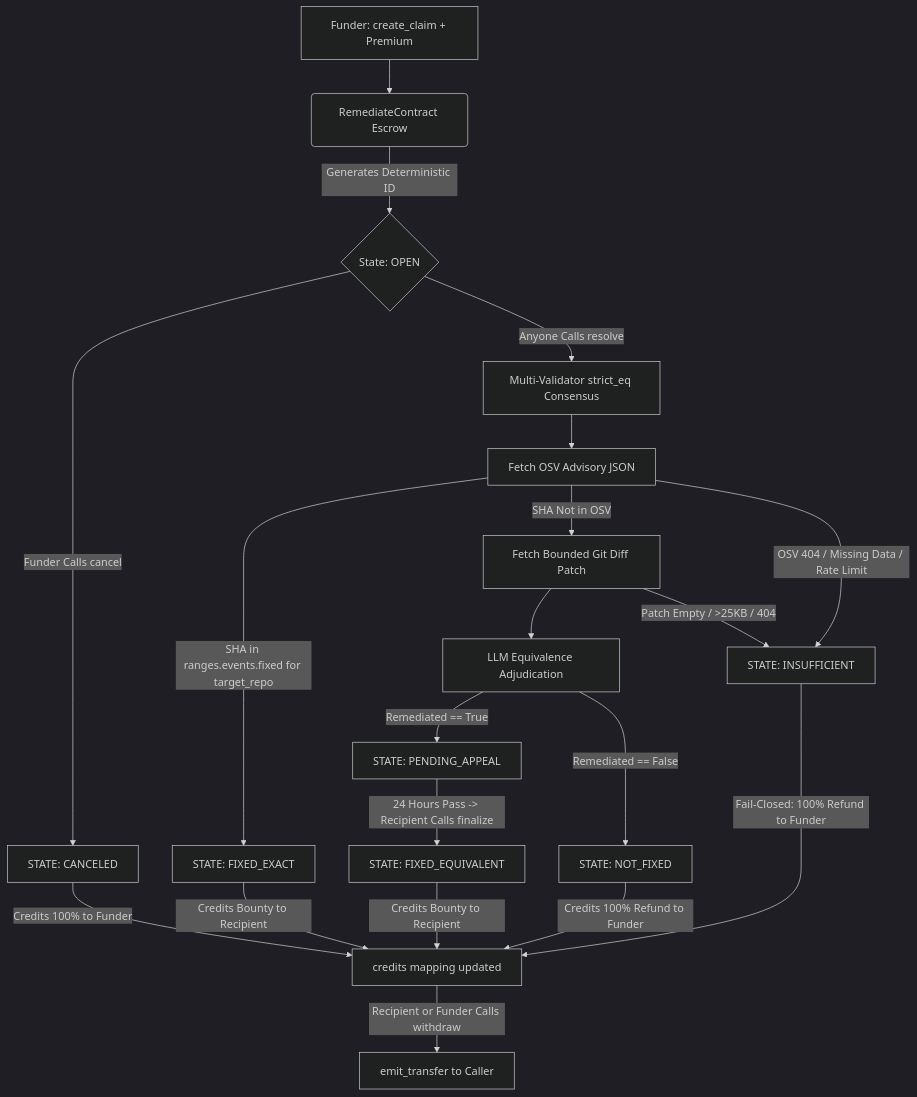
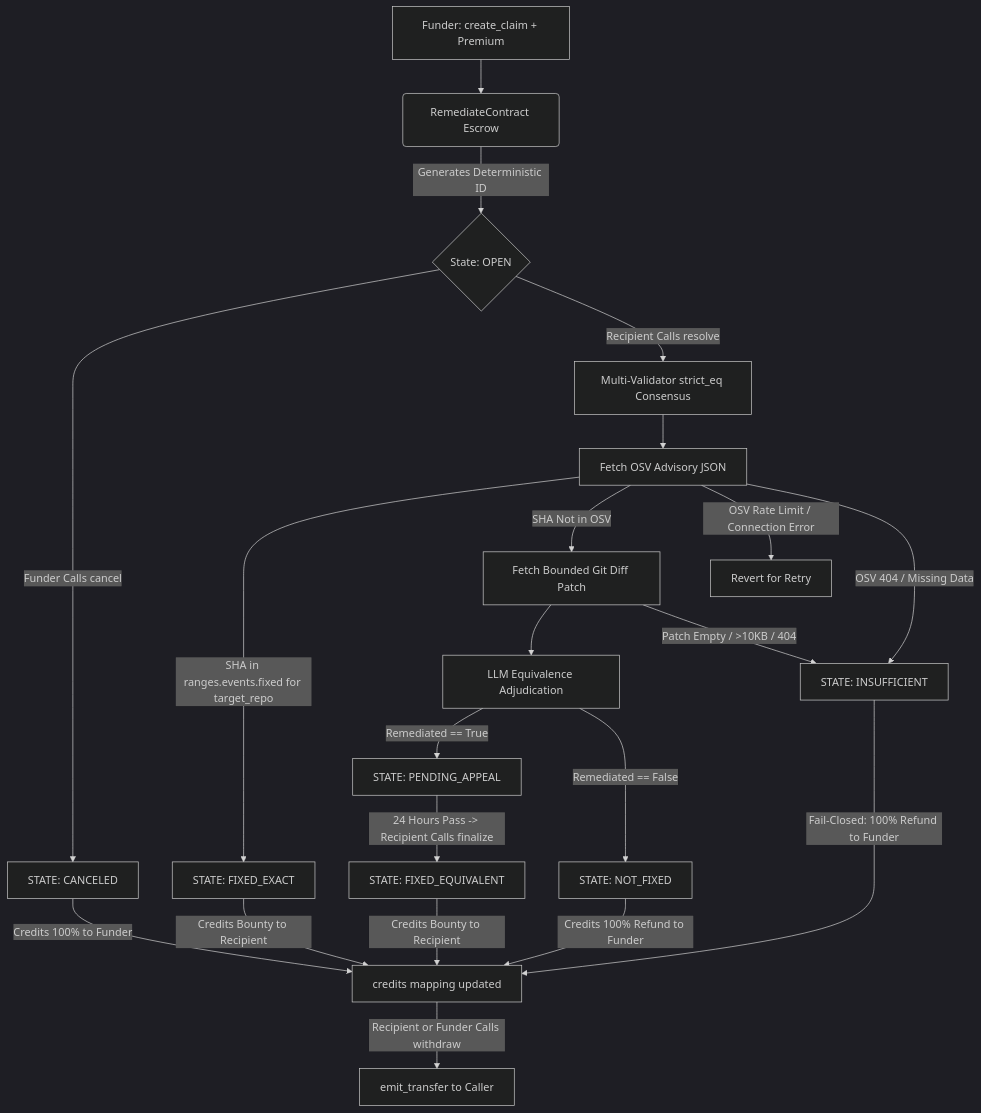
Before and after one commit to edwarderlick/remediate: the diagram in README.md, drawn with Mermaid (dark theme). The commit also changed other lines of this file and 58 other files, not shown here.

````diff
--- a/README.md
+++ b/README.md
@@ -23,29 +26,30 @@
 ```mermaid
 graph TD
     A[Funder: create_claim + Premium] --> B(RemediateContract Escrow)
     B -->|Generates Deterministic ID| C{State: OPEN}
     
     C -->|Funder Calls cancel| D[STATE: CANCELED]
     D -->|Credits 100% to Funder| W[credits mapping updated]
     
-    C -->|Anyone Calls resolve| E[Multi-Validator strict_eq Consensus]
+    C -->|Recipient Calls resolve| E[Multi-Validator strict_eq Consensus]
     E --> F[Fetch OSV Advisory JSON]
     
     F -->|SHA in ranges.events.fixed for target_repo| G[STATE: FIXED_EXACT]
     G -->|Credits Bounty to Recipient| W
     
     F -->|SHA Not in OSV| H[Fetch Bounded Git Diff Patch]
     H --> I[LLM Equivalence Adjudication]
     I -->|Remediated == True| J[STATE: PENDING_APPEAL]
     J -->|24 Hours Pass -> Recipient Calls finalize| P[STATE: FIXED_EQUIVALENT]
     P -->|Credits Bounty to Recipient| W
     I -->|Remediated == False| K[STATE: NOT_FIXED]
     K -->|Credits 100% Refund to Funder| W
     
-    F -->|OSV 404 / Missing Data / Rate Limit| L[STATE: INSUFFICIENT]
+    F -->|OSV Rate Limit / Connection Error| R[Revert for Retry]
+    F -->|OSV 404 / Missing Data| L[STATE: INSUFFICIENT]
     L -->|Fail-Closed: 100% Refund to Funder| W
     
-    H -->|Patch Empty / >25KB / 404| L
+    H -->|Patch Empty / >10KB / 404| L
     
     W -->|Recipient or Funder Calls withdraw| M[emit_transfer to Caller]
 ```
````
